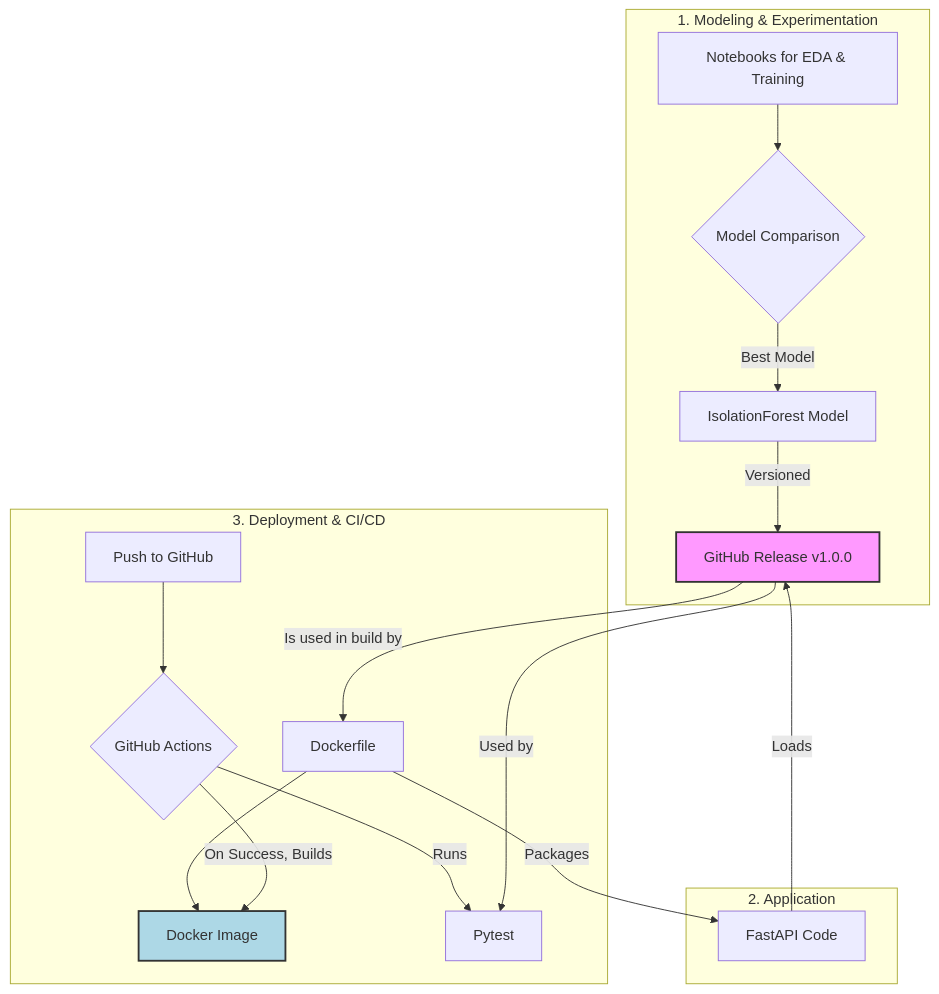
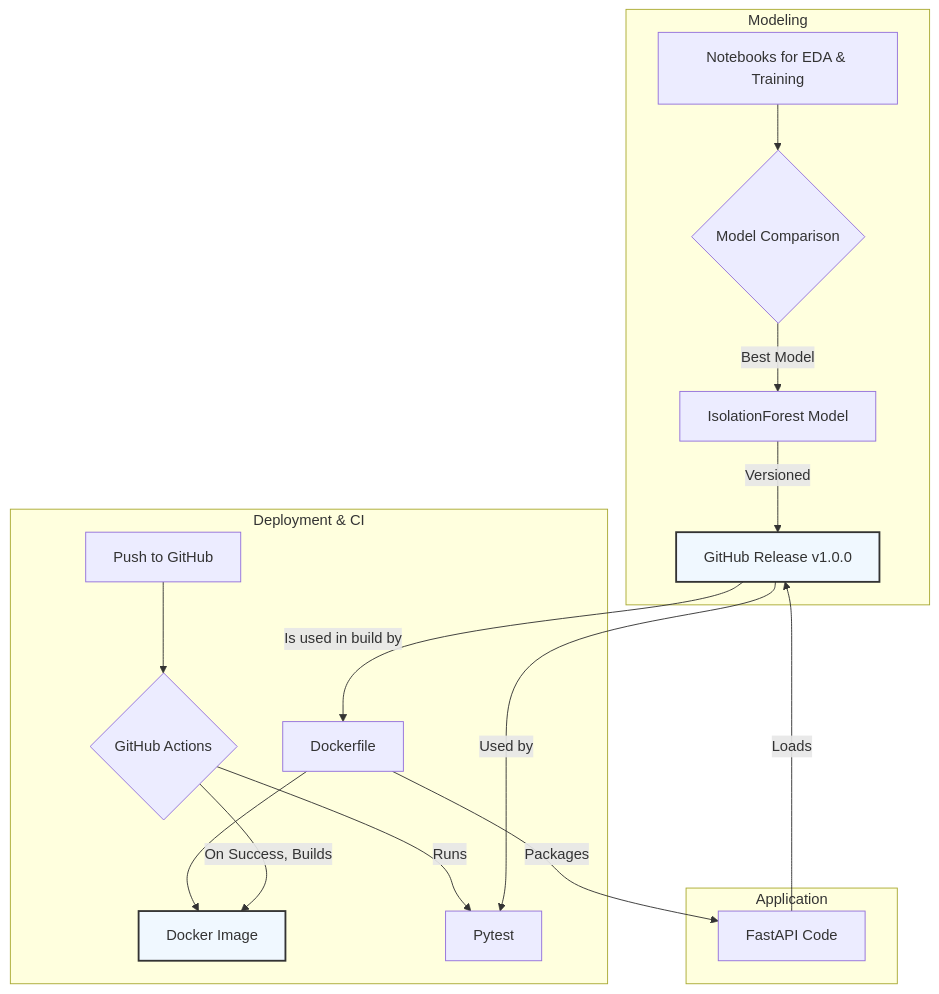
One commit to Gomes-Gustavo/real-time-anomaly-detection changed the diagram in README.md. Above: the diagram before and after it, drawn with Mermaid. The commit also changed other lines of this file, not shown here.

````diff
--- a/README.md
+++ b/README.md
@@ -39,26 +39,26 @@
 ```mermaid
 graph TD
-    subgraph "1. Modeling & Experimentation"
+    subgraph " Modeling"
         A[Notebooks for EDA & Training] --> B{Model Comparison};
         B -- Best Model --> C[IsolationForest Model];
         C -- Versioned --> R[GitHub Release v1.0.0];
     end
 
-    subgraph "2. Application"
+    subgraph " Application"
         D[FastAPI Code] -- Loads --> R;
     end
     
-    subgraph "3. Deployment & CI/CD"
+    subgraph " Deployment & CI"
         G[Dockerfile] -- Packages --> D;
         R -- Is used in build by --> G;
         G --> H[Docker Image];
         
         P[Push to GitHub] --> W{GitHub Actions};
         W -- Runs --> T[Pytest];
         W -- On Success, Builds --> H;
         R -- Used by --> T;
     end
 
-    style R fill:#f9f,stroke:#333,stroke-width:2px
-    style H fill:#add8e6,stroke:#333,stroke-width:2px
+    style R fill:#f0f8ff,stroke:#333,stroke-width:2px
+    style H fill:#f0f8ff,stroke:#333,stroke-width:2px
 ```
````
